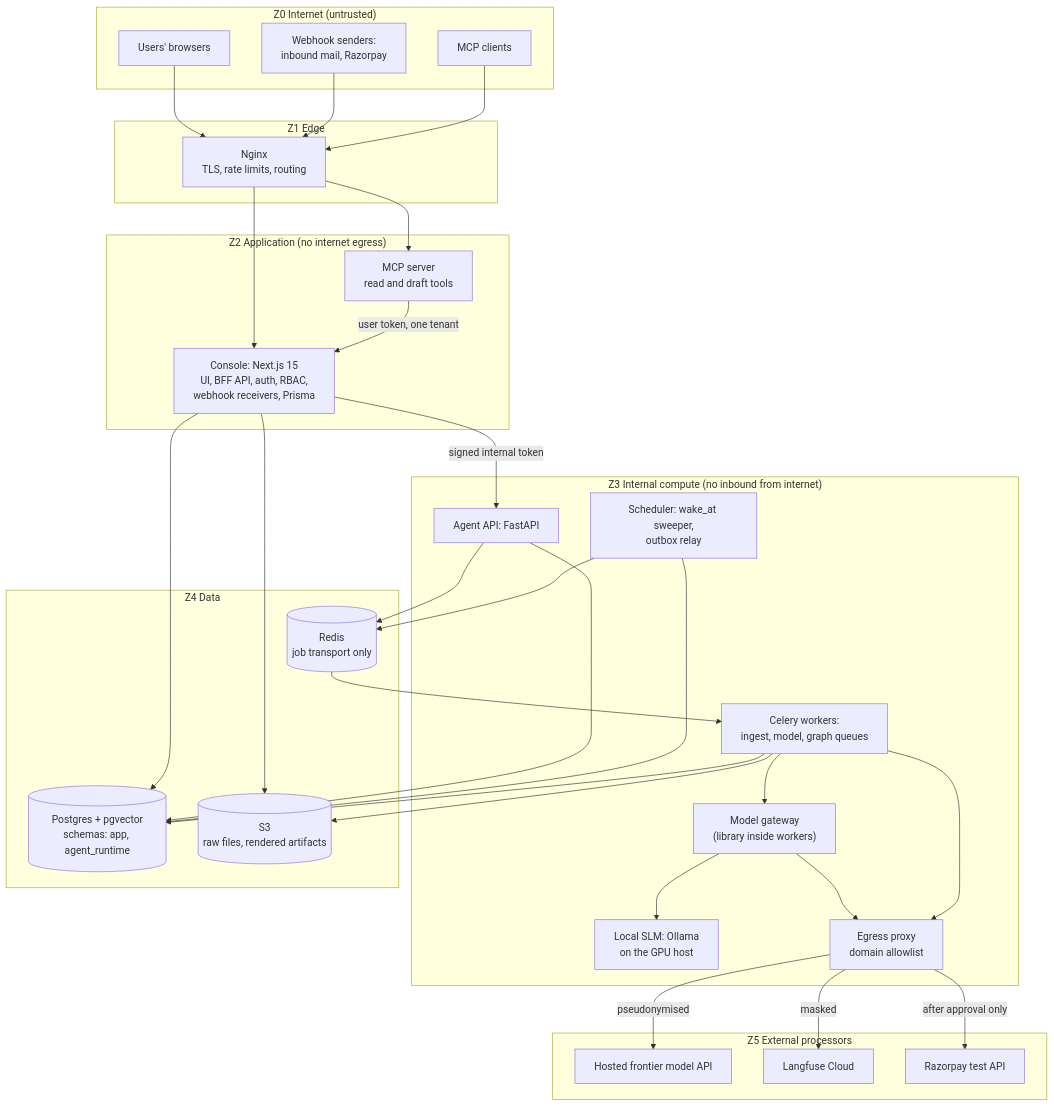
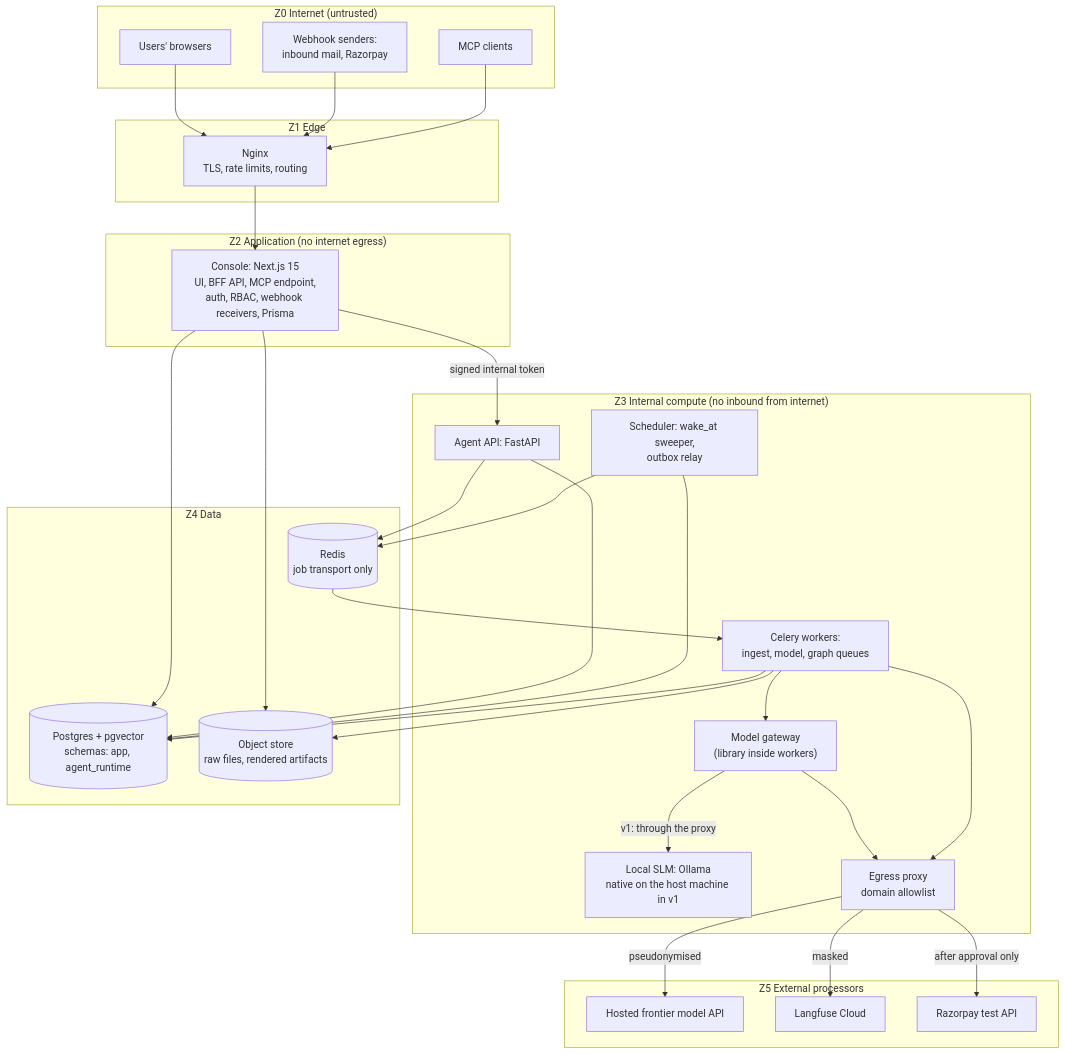
Before and after one commit to monarchsolanki/chukta: the second of 10 diagrams in docs/01-ARCHITECTURE.md, drawn with Mermaid. The commit also changed other lines of this file and 1 other file, not shown here.

First line of the commit message:
docs(architecture): apply review findings F-01 to F-05

````diff
--- a/docs/01-ARCHITECTURE.md
+++ b/docs/01-ARCHITECTURE.md
@@ -81,56 +81,53 @@
 ```mermaid
 flowchart TB
   subgraph Z0["Z0 Internet (untrusted)"]
     U["Users' browsers"]
     WH["Webhook senders:<br/>inbound mail, Razorpay"]
     MC["MCP clients"]
   end
   subgraph Z1["Z1 Edge"]
     NG["Nginx<br/>TLS, rate limits, routing"]
   end
   subgraph Z2["Z2 Application (no internet egress)"]
-    WEB["Console: Next.js 15<br/>UI, BFF API, auth, RBAC,<br/>webhook receivers, Prisma"]
-    MCP["MCP server<br/>read and draft tools"]
+    WEB["Console: Next.js 15<br/>UI, BFF API, MCP endpoint,<br/>auth, RBAC, webhook receivers, Prisma"]
   end
   subgraph Z3["Z3 Internal compute (no inbound from internet)"]
     API["Agent API: FastAPI"]
     WK["Celery workers:<br/>ingest, model, graph queues"]
     BT["Scheduler: wake_at sweeper,<br/>outbox relay"]
     GW["Model gateway<br/>(library inside workers)"]
-    SLM["Local SLM: Ollama<br/>on the GPU host"]
+    SLM["Local SLM: Ollama<br/>native on the host machine in v1"]
     PX["Egress proxy<br/>domain allowlist"]
   end
   subgraph Z4["Z4 Data"]
     PG[("Postgres + pgvector<br/>schemas: app, agent_runtime")]
     RD[("Redis<br/>job transport only")]
-    S3[("S3<br/>raw files, rendered artifacts")]
+    S3[("Object store<br/>raw files, rendered artifacts")]
   end
   subgraph Z5["Z5 External processors"]
     FM["Hosted frontier model API"]
     LFC["Langfuse Cloud"]
     RZ["Razorpay test API"]
   end
   U --> NG
   WH --> NG
   MC --> NG
   NG --> WEB
-  NG --> MCP
-  MCP -->|"user token, one tenant"| WEB
   WEB -->|"signed internal token"| API
   WEB --> PG
   WEB --> S3
   API --> PG
   API --> RD
   BT --> PG
   BT --> RD
   RD --> WK
   WK --> PG
   WK --> S3
   WK --> GW
-  GW --> SLM
+  GW -->|"v1: through the proxy"| SLM
   GW --> PX
   WK --> PX
   PX -->|"pseudonymised"| FM
   PX -->|"masked"| LFC
   PX -->|"after approval only"| RZ
 ```
````
